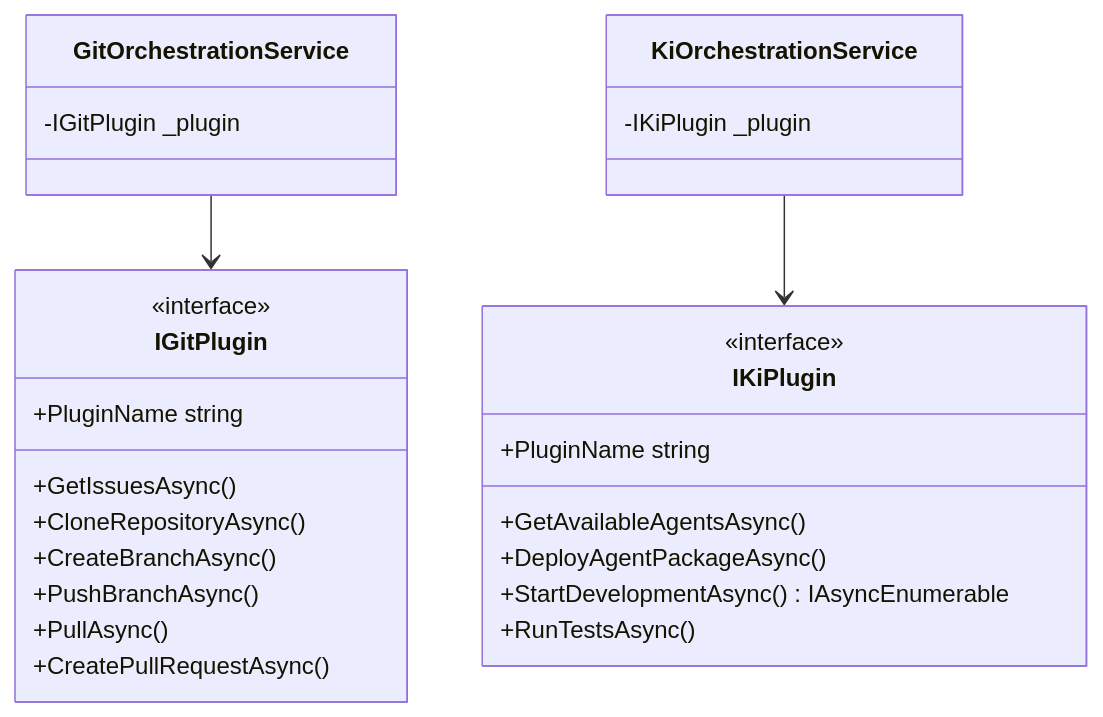
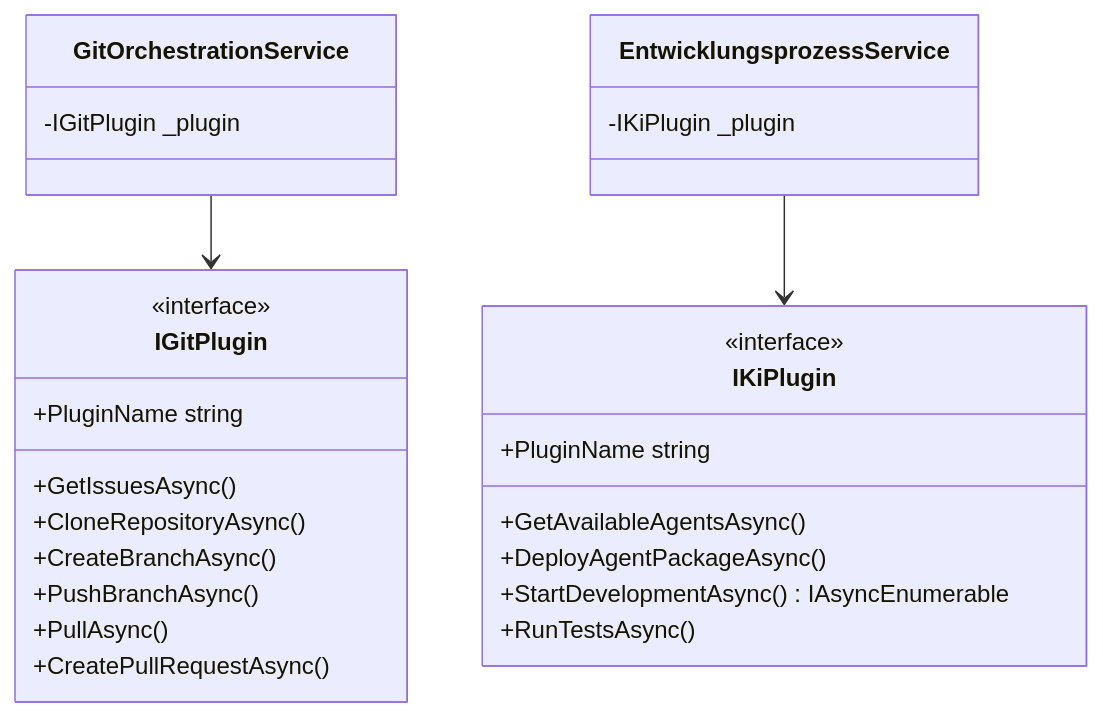
The second of 11 diagrams in docs/improvements/architecture-review.md (martin-stromberg/Softwareschmiede), drawn with Mermaid before and after one commit. The commit also changed other lines of this file and 67 other files, not shown here.

````diff
--- a/docs/improvements/architecture-review.md
+++ b/docs/improvements/architecture-review.md
@@ -133,32 +133,32 @@
 ```mermaid
 classDiagram
     class IGitPlugin {
         <<interface>>
         +PluginName string
         +GetIssuesAsync()
         +CloneRepositoryAsync()
         +CreateBranchAsync()
         +PushBranchAsync()
         +PullAsync()
         +CreatePullRequestAsync()
     }
 
     class IKiPlugin {
         <<interface>>
         +PluginName string
         +GetAvailableAgentsAsync()
         +DeployAgentPackageAsync()
         +StartDevelopmentAsync() IAsyncEnumerable
         +RunTestsAsync()
     }
 
     class GitOrchestrationService {
         -IGitPlugin _plugin
     }
-    class KiOrchestrationService {
+    class EntwicklungsprozessService {
         -IKiPlugin _plugin
     }
 
     GitOrchestrationService --> IGitPlugin
-    KiOrchestrationService --> IKiPlugin
+    EntwicklungsprozessService --> IKiPlugin
 ```
````
